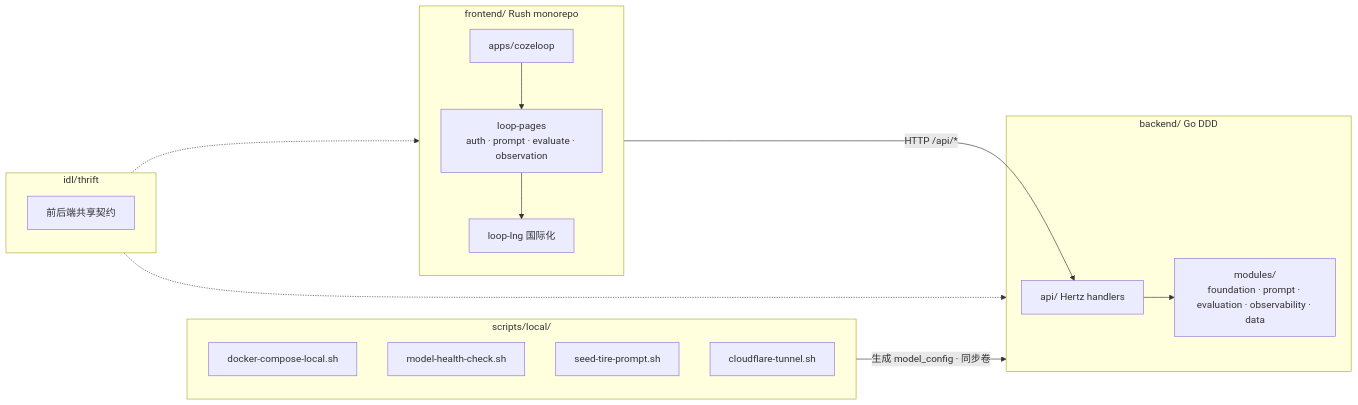
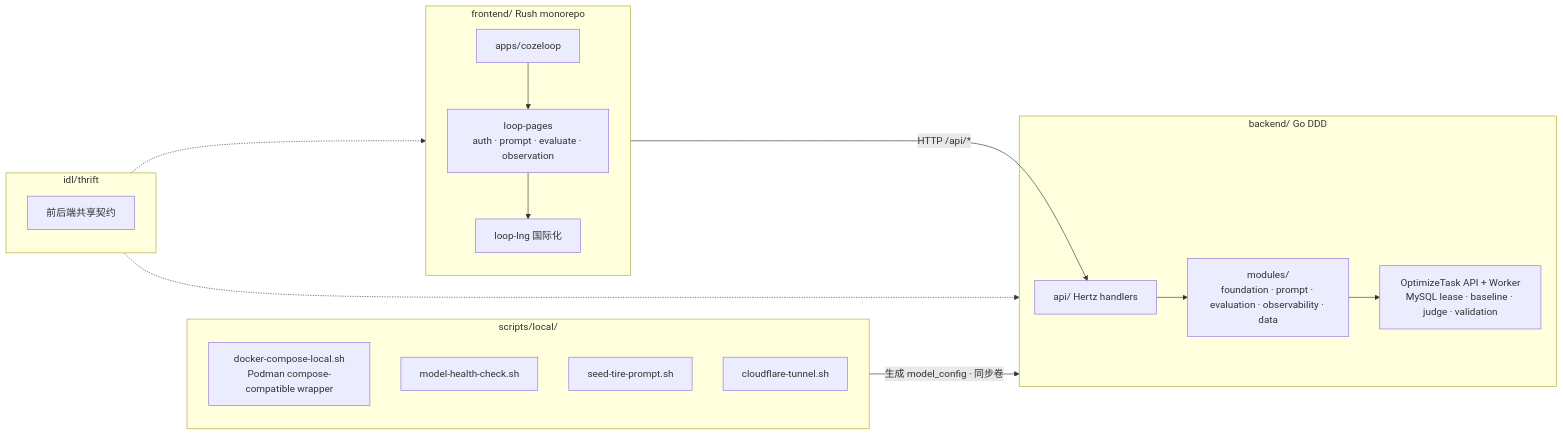
One commit to ClaireWong86/Draft-Design changed the third of 6 diagrams in docs/prompt-loop/architecture.md. Above: the diagram before and after it, drawn with Mermaid. The commit also changed other lines of this file and 34 other files, not shown here.

````diff
--- a/docs/prompt-loop/architecture.md
+++ b/docs/prompt-loop/architecture.md
@@ -106,33 +106,35 @@
 ```mermaid
 flowchart LR
     subgraph FE["frontend/ Rush monorepo"]
         App["apps/cozeloop"]
         Pages["loop-pages\nauth · prompt · evaluate · observation"]
         Lng["loop-lng 国际化"]
         App --> Pages
         Pages --> Lng
     end
 
     subgraph BE["backend/ Go DDD"]
         API["api/ Hertz handlers"]
         Mod["modules/\nfoundation · prompt · evaluation · observability · data"]
+        Optimize["OptimizeTask API + Worker\nMySQL lease · baseline · judge · validation"]
         API --> Mod
+        Mod --> Optimize
     end
 
     subgraph IDL["idl/thrift"]
         Thrift["前后端共享契约"]
     end
 
     FE -->|"HTTP /api/*"| API
     IDL -.-> FE
     IDL -.-> BE
 
     subgraph LocalScripts["scripts/local/"]
-        DC["docker-compose-local.sh"]
+        DC["docker-compose-local.sh\nPodman compose-compatible wrapper"]
         Health["model-health-check.sh"]
         Seed["seed-tire-prompt.sh"]
         Tunnel["cloudflare-tunnel.sh"]
     end
 
     LocalScripts -->|"生成 model_config · 同步卷"| BE
 ```
````
